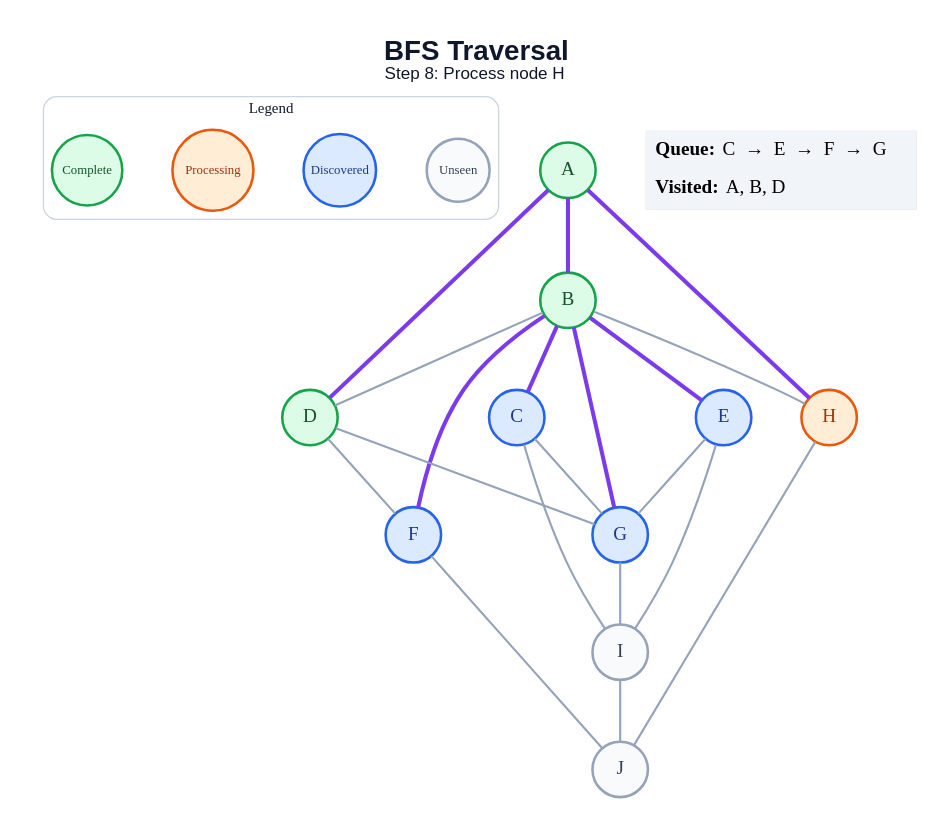
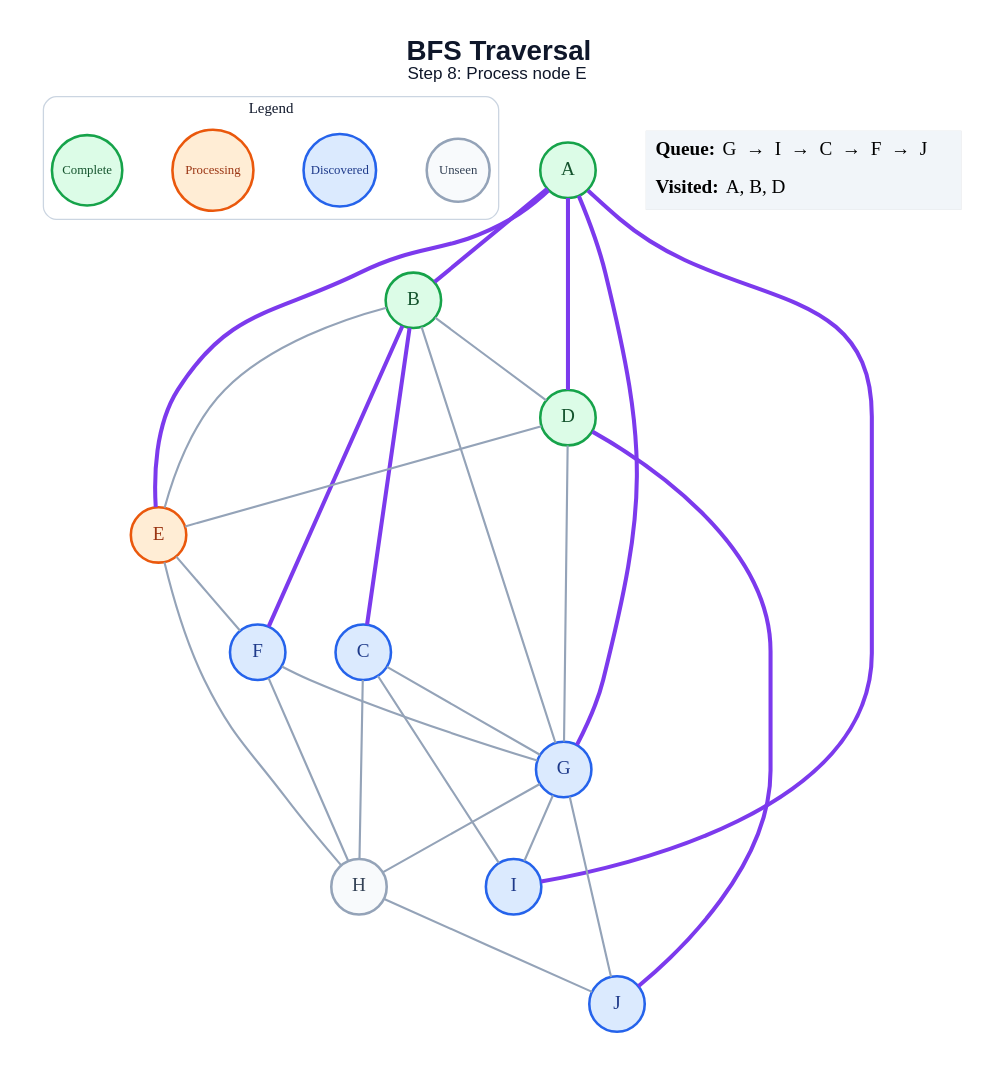
The diagram in generated/bfs/step_08.dot (amanghodawala9/ai-slop), drawn with Graphviz before and after one commit. The commit also changed 178 other files, not shown here.

```diff
--- a/generated/bfs/step_08.dot
+++ b/generated/bfs/step_08.dot
@@ -1,48 +1,53 @@
 graph traversal {
   graph [layout=dot, rankdir=TB, bgcolor="#FFFFFF", pad="0.35", nodesep="0.65", ranksep="0.8", fontname="Arial"];
   node [shape=circle, style="filled", fontname="Arial Bold", fontsize=18, width=0.72, fixedsize=true, penwidth=2.4];
   edge [color="#94A3B8", penwidth=2.0];
-  label=<<B>BFS Traversal</B><BR/><FONT POINT-SIZE="16">Step 8: Process node H</FONT>>; labelloc="t"; fontsize=26; fontname="Arial"; fontcolor="#0F172A";
+  label=<<B>BFS Traversal</B><BR/><FONT POINT-SIZE="16">Step 8: Process node E</FONT>>; labelloc="t"; fontsize=26; fontname="Arial"; fontcolor="#0F172A";
   subgraph cluster_legend { label="Legend"; color="#CBD5E1"; penwidth=1.2; style="rounded"; fontsize=14; fontname="Arial Bold";
     key_unseen [label="Unseen", fillcolor="#F8FAFC", color="#94A3B8", fontcolor="#334155", fontsize=12, width=0.82];
     key_frontier [label="Discovered", fillcolor="#DBEAFE", color="#2563EB", fontcolor="#1E3A8A", fontsize=12, width=0.95];
     key_current [label="Processing", fillcolor="#FFEDD5", color="#EA580C", fontcolor="#9A3412", fontsize=12, width=1.05];
     key_done [label="Complete", fillcolor="#DCFCE7", color="#16A34A", fontcolor="#14532D", fontsize=12, width=0.92];
     { rank=same; key_unseen; key_frontier; key_current; key_done; }
   }
   A [fillcolor="#DCFCE7", color="#16A34A", fontcolor="#14532D"];
   B [fillcolor="#DCFCE7", color="#16A34A", fontcolor="#14532D"];
   C [fillcolor="#DBEAFE", color="#2563EB", fontcolor="#1E3A8A"];
   D [fillcolor="#DCFCE7", color="#16A34A", fontcolor="#14532D"];
-  E [fillcolor="#DBEAFE", color="#2563EB", fontcolor="#1E3A8A"];
+  E [fillcolor="#FFEDD5", color="#EA580C", fontcolor="#9A3412"];
   F [fillcolor="#DBEAFE", color="#2563EB", fontcolor="#1E3A8A"];
   G [fillcolor="#DBEAFE", color="#2563EB", fontcolor="#1E3A8A"];
-  H [fillcolor="#FFEDD5", color="#EA580C", fontcolor="#9A3412"];
-  I [fillcolor="#F8FAFC", color="#94A3B8", fontcolor="#334155"];
-  J [fillcolor="#F8FAFC", color="#94A3B8", fontcolor="#334155"];
+  H [fillcolor="#F8FAFC", color="#94A3B8", fontcolor="#334155"];
+  I [fillcolor="#DBEAFE", color="#2563EB", fontcolor="#1E3A8A"];
+  J [fillcolor="#DBEAFE", color="#2563EB", fontcolor="#1E3A8A"];
   A -- B [color="#7C3AED", penwidth=3.8];
   A -- D [color="#7C3AED", penwidth=3.8];
-  A -- H [color="#7C3AED", penwidth=3.8];
+  A -- E [color="#7C3AED", penwidth=3.8];
+  A -- G [color="#7C3AED", penwidth=3.8];
+  A -- I [color="#7C3AED", penwidth=3.8];
   B -- C [color="#7C3AED", penwidth=3.8];
   B -- D;
-  B -- E [color="#7C3AED", penwidth=3.8];
+  B -- E;
   B -- F [color="#7C3AED", penwidth=3.8];
-  B -- G [color="#7C3AED", penwidth=3.8];
-  B -- H;
+  B -- G;
   C -- G;
+  C -- H;
   C -- I;
-  D -- F;
+  D -- E;
   D -- G;
-  E -- G;
-  E -- I;
-  F -- J;
+  D -- J [color="#7C3AED", penwidth=3.8];
+  E -- F;
+  E -- H;
+  F -- G;
+  F -- H;
+  G -- H;
   G -- I;
+  G -- J;
   H -- J;
-  I -- J;
   status [shape=plain, fixedsize=false, width=0, height=0, margin=0, label=<
     <TABLE BORDER="0" CELLBORDER="0" CELLPADDING="7" BGCOLOR="#F1F5F9">
-      <TR><TD ALIGN="LEFT"><B>Queue:</B> C  →  E  →  F  →  G</TD></TR>
+      <TR><TD ALIGN="LEFT"><B>Queue:</B> G  →  I  →  C  →  F  →  J</TD></TR>
       <TR><TD ALIGN="LEFT"><B>Visited:</B> A, B, D</TD></TR>
     </TABLE>
   >];
 }
```
